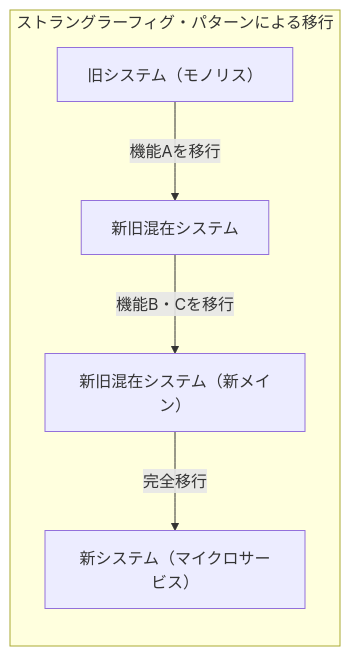
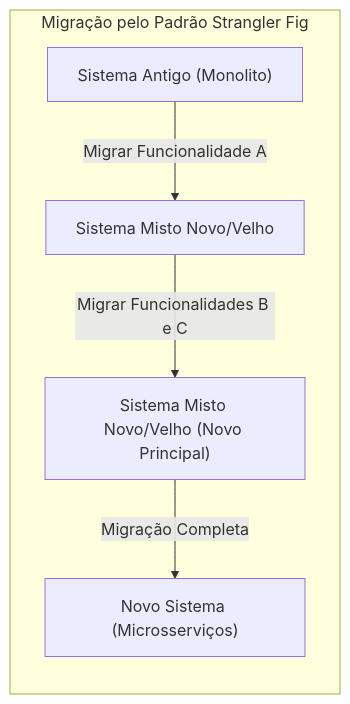
One commit to kenjinote/blog changed the first of 4 diagrams in content/post/ship-of-theseus/index.pt.md. Above: the diagram before and after it, drawn with Mermaid. The commit also changed other lines of this file and 28 other files, not shown here.

Commit message:
Translate Japanese text inside Mermaid diagrams to respective languages

````diff
--- a/content/post/ship-of-theseus/index.pt.md
+++ b/content/post/ship-of-theseus/index.pt.md
@@ -33,8 +33,8 @@
 ```mermaid
 graph LR
-    subgraph "ストラングラーフィグ・パターンによる移行"
-        A["旧システム（モノリス）"] -->|"機能Aを移行"| B["新旧混在システム"]
-        B -->|"機能B・Cを移行"| C["新旧混在システム（新メイン）"]
-        C -->|"完全移行"| D["新システム（マイクロサービス）"]
+    subgraph "Migração pelo Padrão Strangler Fig"
+        A["Sistema Antigo (Monolito)"] -->|"Migrar Funcionalidade A"| B["Sistema Misto Novo/Velho"]
+        B -->|"Migrar Funcionalidades B e C"| C["Sistema Misto Novo/Velho (Novo Principal)"]
+        C -->|"Migração Completa"| D["Novo Sistema (Microsserviços)"]
     end
 ```
````
